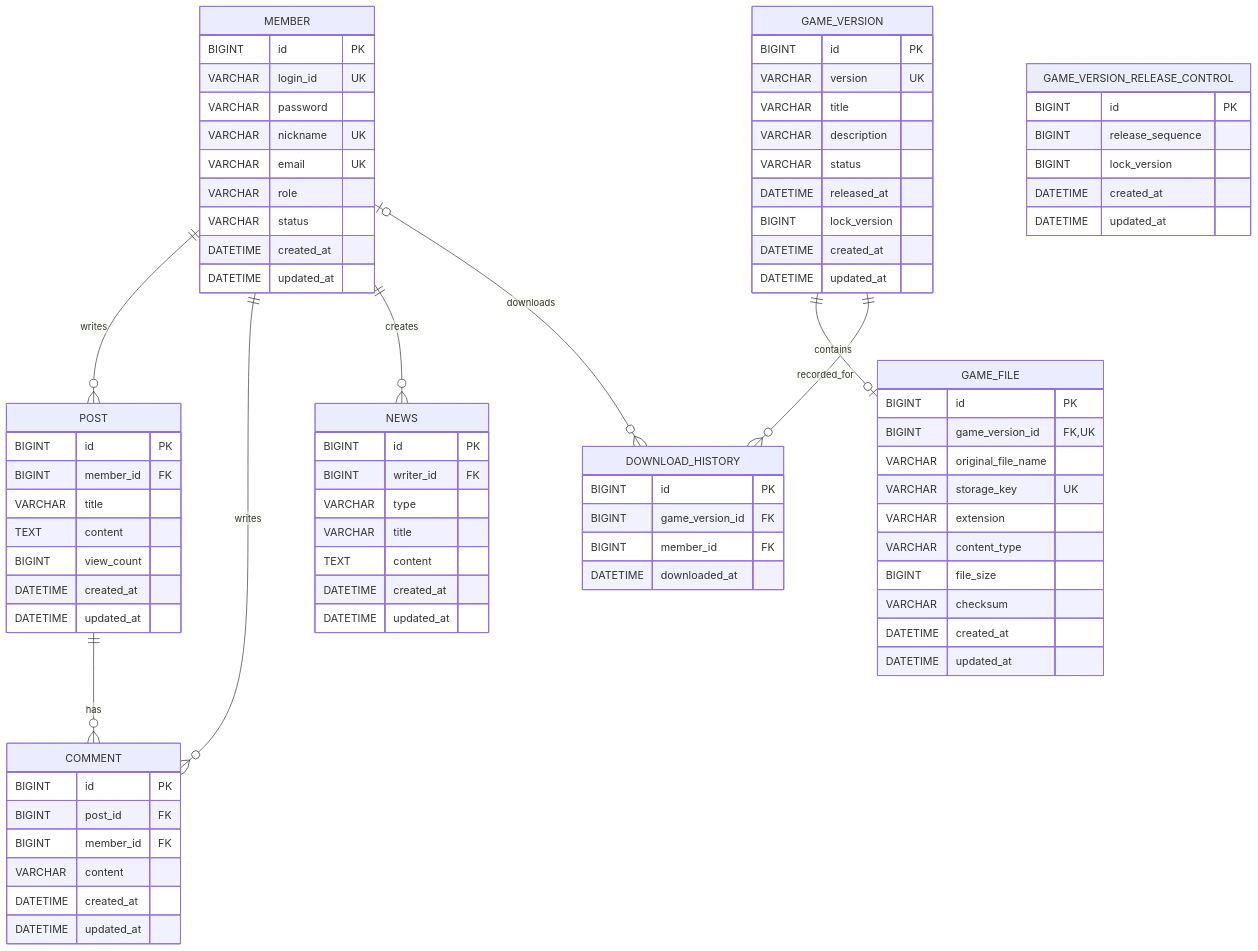
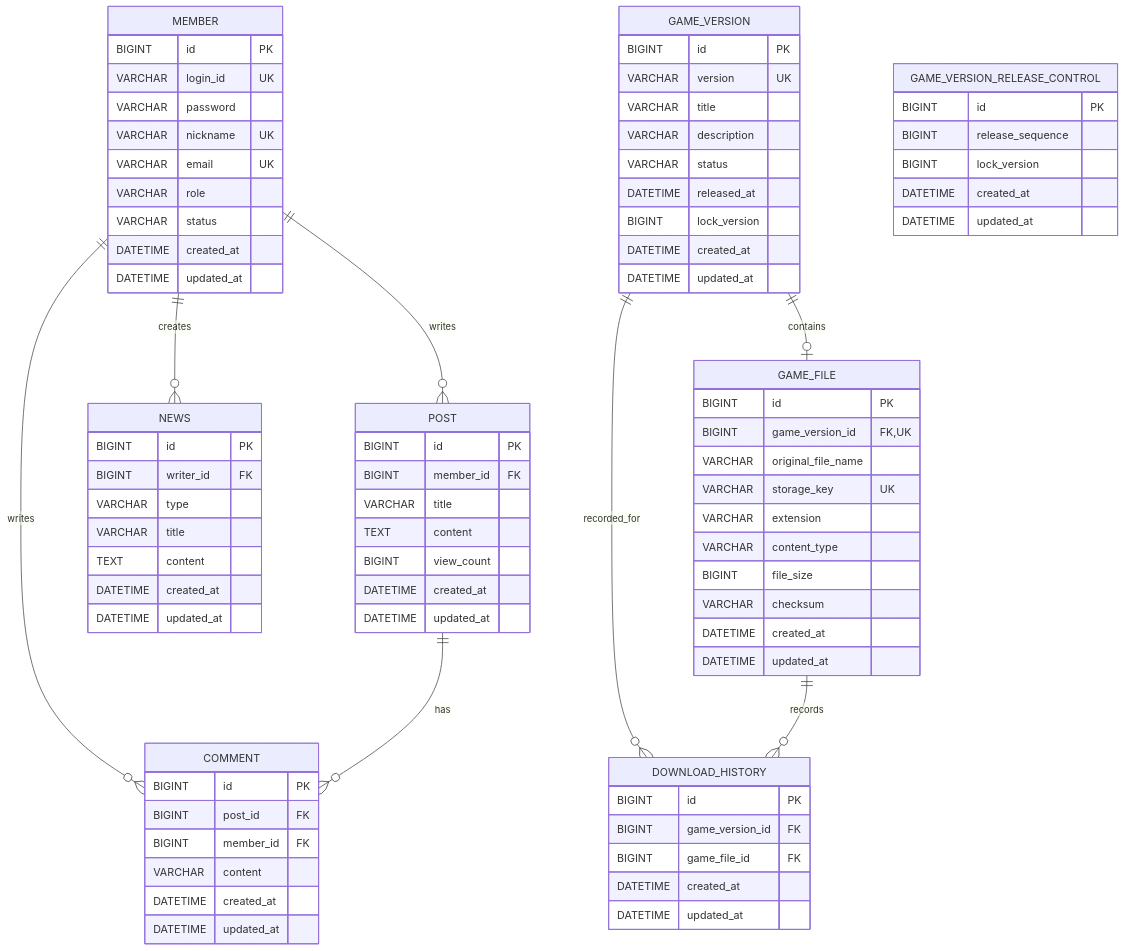
The diagram in docs/04_ERD.md (Jmin0613/Jexon), drawn with Mermaid before and after one commit. The commit also changed other lines of this file and 4 other files, not shown here.

````diff
--- a/docs/04_ERD.md
+++ b/docs/04_ERD.md
@@ -328,12 +328,11 @@
     MEMBER ||--o{ POST : writes
     MEMBER ||--o{ COMMENT : writes
     MEMBER ||--o{ NEWS : creates
-    MEMBER o|--o{ DOWNLOAD_HISTORY : downloads
-
     POST ||--o{ COMMENT : has
 
     GAME_VERSION ||--o| GAME_FILE : contains
     GAME_VERSION ||--o{ DOWNLOAD_HISTORY : recorded_for
+    GAME_FILE ||--o{ DOWNLOAD_HISTORY : records
 
     MEMBER {
         BIGINT id PK
@@ -412,7 +411,8 @@
     DOWNLOAD_HISTORY {
         BIGINT id PK
         BIGINT game_version_id FK
-        BIGINT member_id FK
-        DATETIME downloaded_at
+        BIGINT game_file_id FK
+        DATETIME created_at
+        DATETIME updated_at
     }
 ```
````
